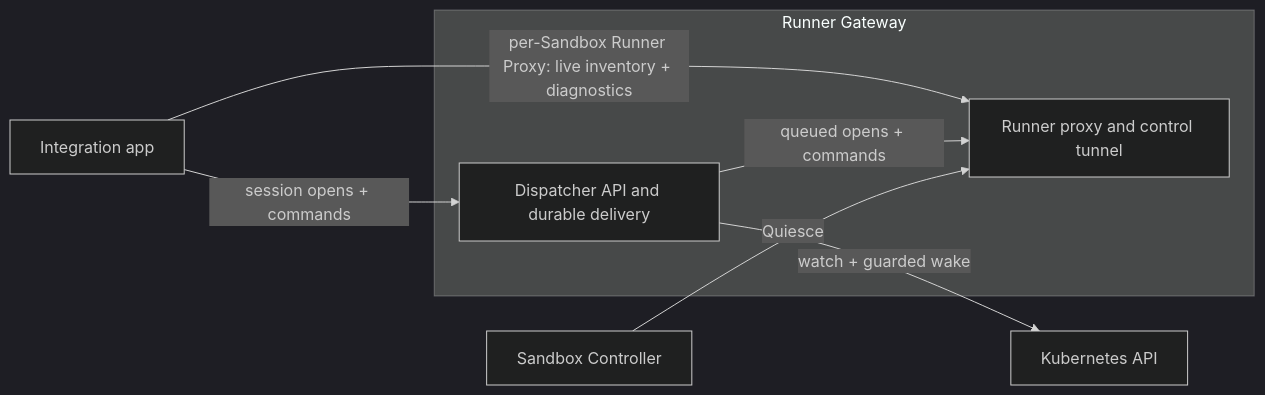
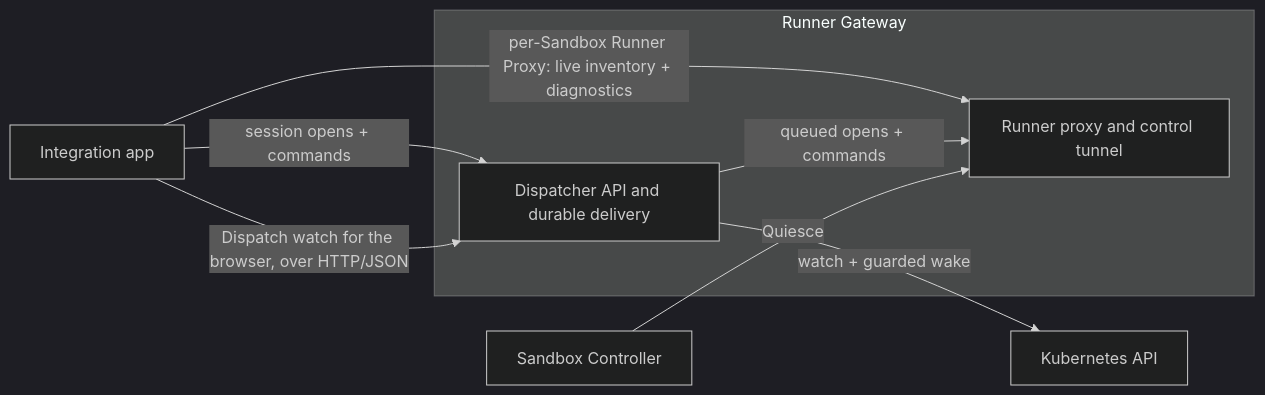
The first of 5 diagrams in agentplane/docs/system_overview.md (agentydragon/ducktape), drawn with Mermaid (dark theme) before and after one commit. The commit also changed 39 other files, not shown here.

First line of the commit message:
Switch the browser's Dispatcher watch to the HTTP/JSON facade

````diff
--- a/agentplane/docs/system_overview.md
+++ b/agentplane/docs/system_overview.md
@@ -9,15 +9,16 @@
 ```mermaid
 flowchart LR
     app[Integration app]
     subgraph unified[Runner Gateway]
         dispatcher[Dispatcher API and durable delivery]
         gateway[Runner proxy and control tunnel]
     end
     sandboxctl[Sandbox Controller]
     k8s[Kubernetes API]
     app -->|session opens + commands| dispatcher
+    app -->|Dispatch watch for the browser, over HTTP/JSON| dispatcher
     app -->|per-Sandbox Runner Proxy: live inventory + diagnostics| gateway
     dispatcher -->|queued opens + commands| gateway
     sandboxctl -->|Quiesce| gateway
     dispatcher -->|watch + guarded wake| k8s
 ```
````
